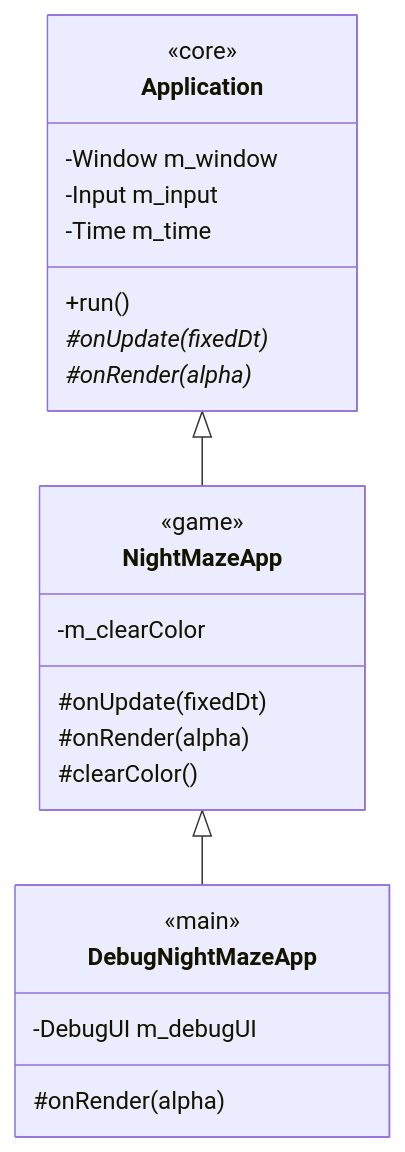
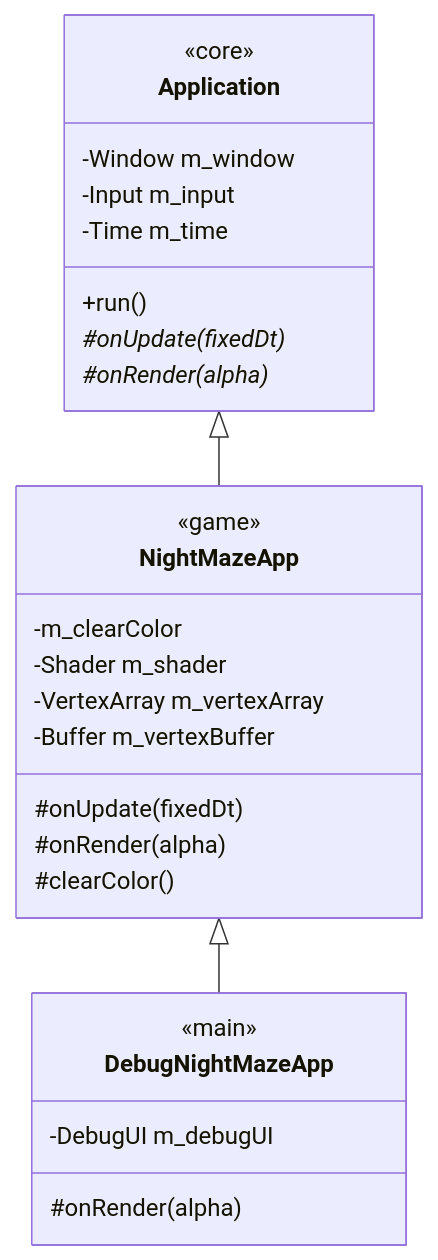
The third of 3 diagrams in docs/modules/core/README.md (Shironex/night-maze), drawn with Mermaid before and after one commit. The commit also changed other lines of this file and 20 other files, not shown here.

````diff
--- a/docs/modules/core/README.md
+++ b/docs/modules/core/README.md
@@ -153,26 +166,29 @@
 ```mermaid
 classDiagram
     class Application {
         <<core>>
         -Window m_window
         -Input m_input
         -Time m_time
         +run()
         #onUpdate(fixedDt)*
         #onRender(alpha)*
     }
     class NightMazeApp {
         <<game>>
         -m_clearColor
+        -Shader m_shader
+        -VertexArray m_vertexArray
+        -Buffer m_vertexBuffer
         #onUpdate(fixedDt)
         #onRender(alpha)
         #clearColor()
     }
     class DebugNightMazeApp {
         <<main>>
         -DebugUI m_debugUI
         #onRender(alpha)
     }
     Application <|-- NightMazeApp
     NightMazeApp <|-- DebugNightMazeApp
 ```
````
